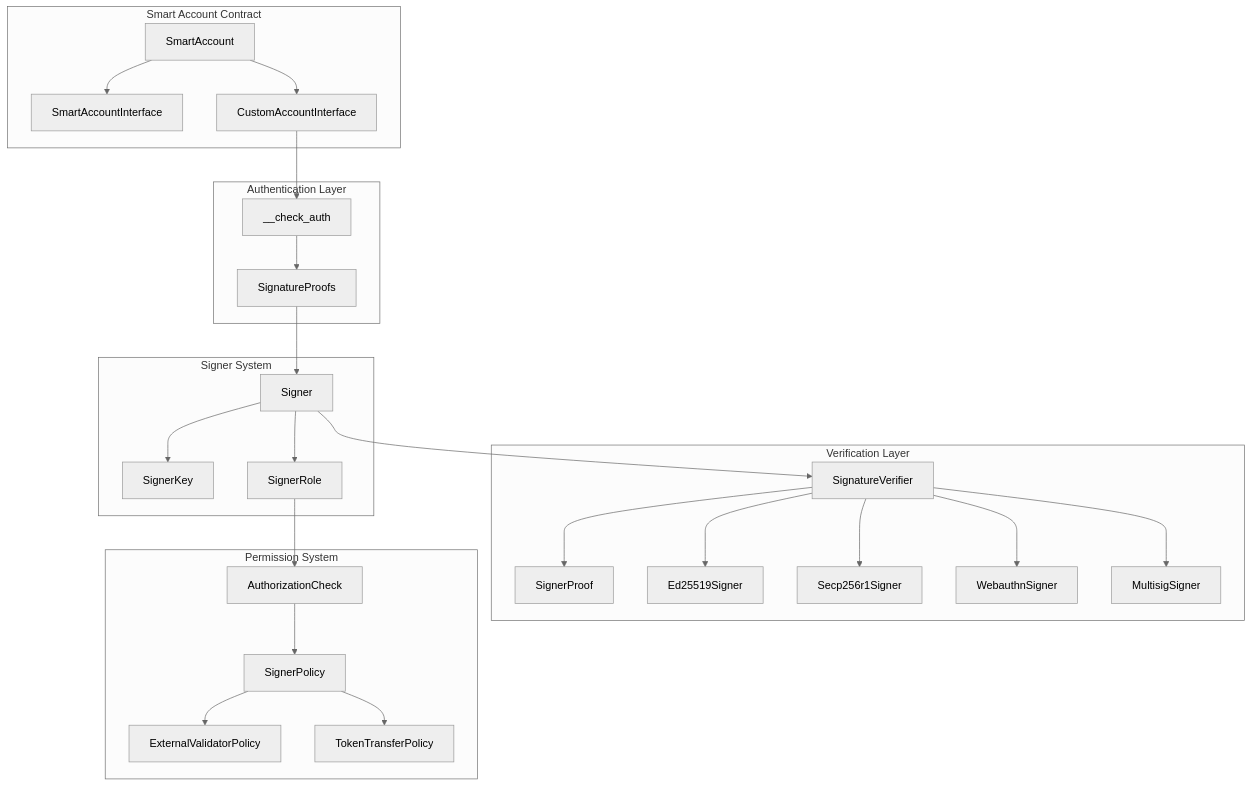
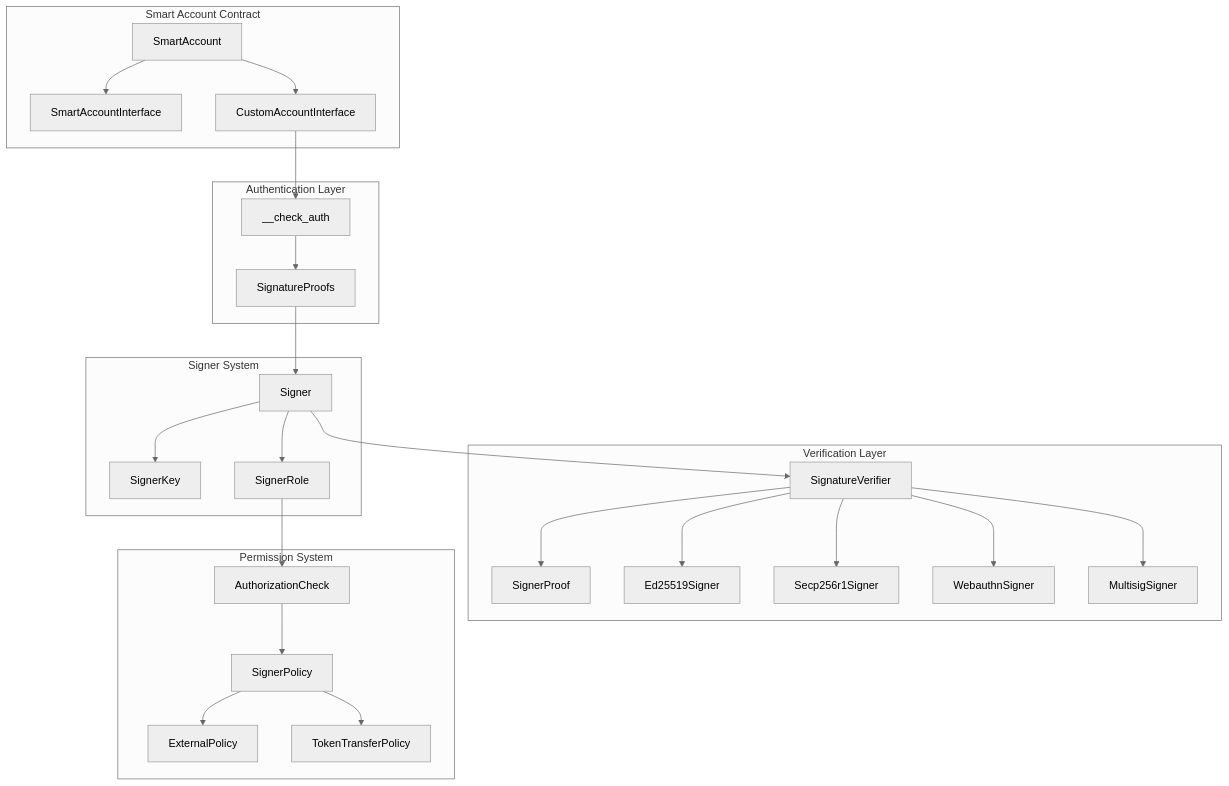
One commit to Crossmint/stellar-smart-account changed the first of 5 diagrams in contracts/smart-account/README.md. Above: the diagram before and after it, drawn with Mermaid (neutral theme). The commit also changed other lines of this file and 16 other files, not shown here.

First line of the commit message:
feat(smart-account): replace ExternalValidatorPolicy with signer-key-aware ExternalPolicy (#127)

````diff
--- a/contracts/smart-account/README.md
+++ b/contracts/smart-account/README.md
@@ -53,57 +53,57 @@
 ```mermaid
 graph TB
     subgraph "Smart Account Contract"
         SW[SmartAccount]
         SWI[SmartAccountInterface]
         CAI[CustomAccountInterface]
         
         SW --> SWI
         SW --> CAI
     end
     
     subgraph "Authentication Layer"
         CA[__check_auth]
         AP[SignatureProofs]
         
         CAI --> CA
         CA --> AP
     end
     
     subgraph "Signer System"
         S[Signer]
         SK[SignerKey]
         SR[SignerRole]
         
         AP --> S
         S --> SK
         S --> SR
     end
     
     subgraph "Verification Layer"
         SV[SignatureVerifier]
         SP[SignerProof]
         E25[Ed25519Signer]
         S256[Secp256r1Signer]
         WA[WebauthnSigner]
         MS[MultisigSigner]
 
         S --> SV
         SV --> SP
         SV --> E25
         SV --> S256
         SV --> WA
         SV --> MS
     end
 
     subgraph "Permission System"
         PC[AuthorizationCheck]
         SPol[SignerPolicy]
-        EP[ExternalValidatorPolicy]
+        EP[ExternalPolicy]
         TTP[TokenTransferPolicy]
 
         SR --> PC
         PC --> SPol
         SPol --> EP
         SPol --> TTP
     end
 ```
````
